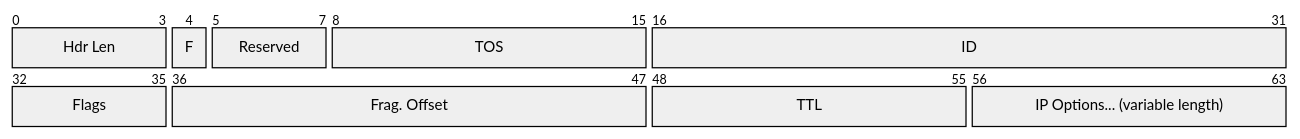
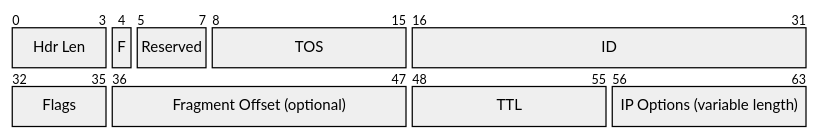
Before and after one commit to org-zpr/zpr-rfcs: the fourth of 44 diagrams in src/17-ZPR-Data-Protocol/body.md, drawn with Mermaid. The commit also changed other lines of this file, not shown here.

Commit message:
Make packet diagrams a readable size

````diff
--- a/src/17-ZPR-Data-Protocol/body.md
+++ b/src/17-ZPR-Data-Protocol/body.md
@@ -1613,13 +1613,19 @@
 ``` mermaid
+---
+config:
+  themeCSS: ".packetLabel { font-size: 12px } .packetByte { font-size: 11px }"
+  packet:
+    bitWidth: 20
+---
 %%| fig-cap: Compressed IPv4 header
 packet
 +4: "Hdr Len"
 +1: "F"
 +3: "Reserved"
 8-15: "TOS"
 16-31: "ID"
 32-35: "Flags"
-36-47: "Frag. Offset"
+36-47: "Fragment Offset (optional)"
 48-55: "TTL"
-56-63: "IP Options... (variable length)"
+56-63: "IP Options (variable length)"
 ```
````
